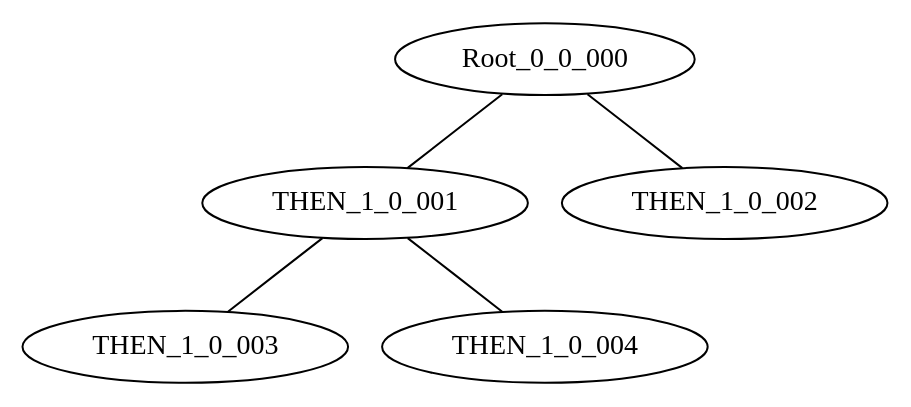
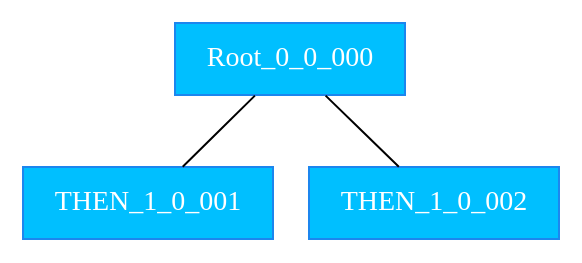
One commit to tylerjohnbecker/htt-viz changed the diagram in src/htt_viz_py/graphViz/graph.gv. Above: the diagram before and after it, drawn with Graphviz. The commit also changed 2 other files, not shown here.

```diff
--- a/src/htt_viz_py/graphViz/graph.gv
+++ b/src/htt_viz_py/graphViz/graph.gv
@@ -1,7 +1,6 @@
 digraph D {
 
-THEN_1_0_001 -> THEN_1_0_003[shape = box, arrowhead = none]
-THEN_1_0_001 -> THEN_1_0_004[shape = box, arrowhead = none]
-Root_0_0_000 -> THEN_1_0_001[shape = box, arrowhead = none]
-Root_0_0_000 -> THEN_1_0_002[shape = box, arrowhead = none]
+node [fontcolor=white color=dodgerblue2 shape=box style=filled fillcolor=deepskyblue]
+Root_0_0_000 -> THEN_1_0_001[arrowhead=none]
+Root_0_0_000 -> THEN_1_0_002[arrowhead=none]
 }
```
